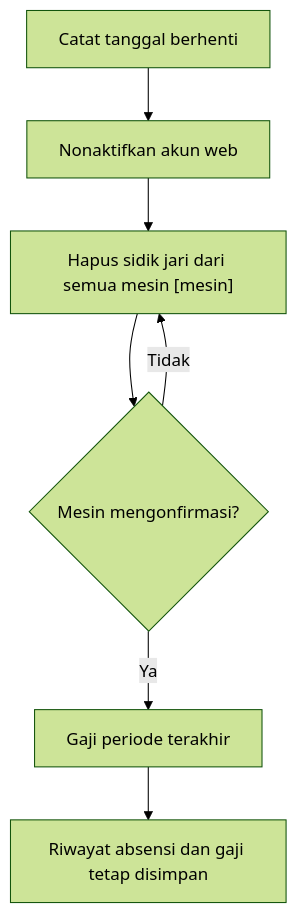
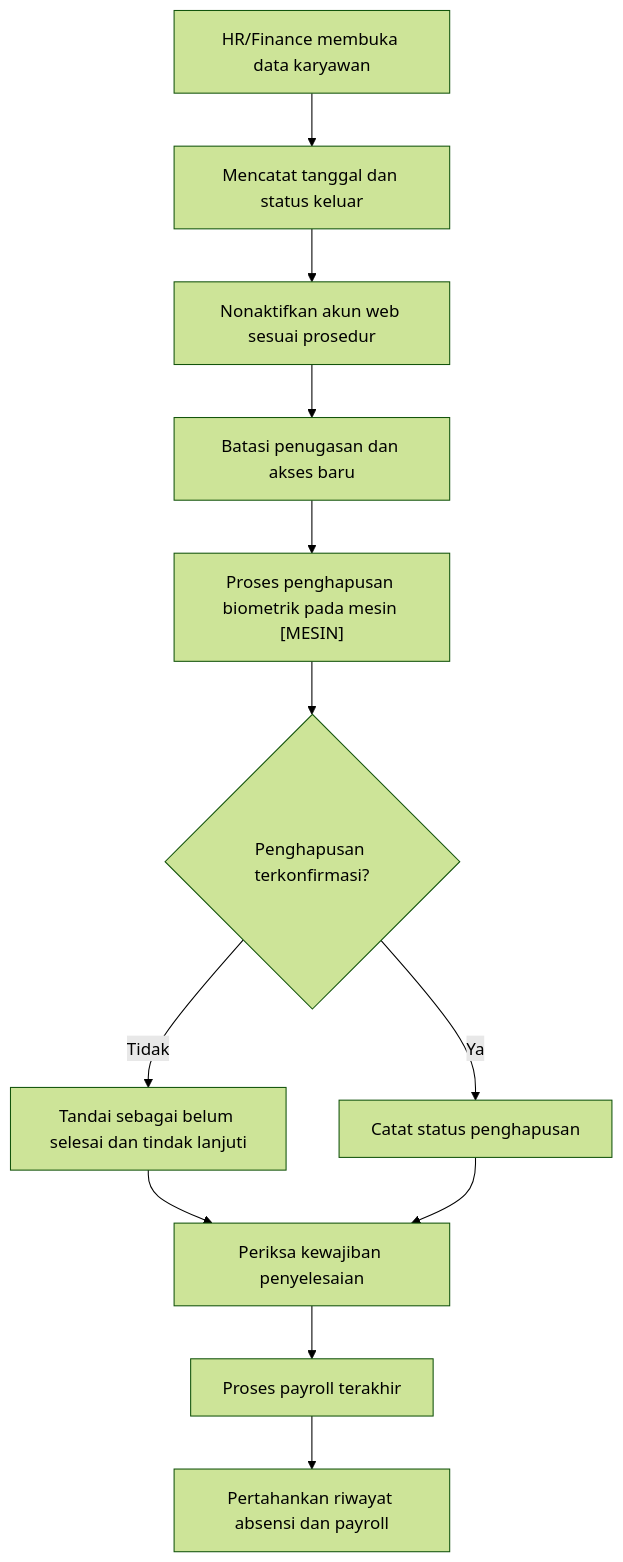
Before and after one commit to nflFauzan/Biometric-Attendence-System: diagram 11 of 13 in docs/alur.md, drawn with Mermaid (forest theme). The commit also changed other lines of this file, not shown here.

````diff
--- a/docs/alur.md
+++ b/docs/alur.md
@@ -95,9 +422,14 @@
 ```mermaid
 flowchart TD
-  A[Catat tanggal berhenti] --> B[Nonaktifkan akun web]
-  B --> C["Hapus sidik jari dari semua mesin [mesin]"]
-  C --> D{Mesin mengonfirmasi?}
-  D -- Tidak --> C
-  D -- Ya --> E[Gaji periode terakhir]
-  E --> F[Riwayat absensi dan gaji tetap disimpan]
+    A["HR/Finance membuka data karyawan"] --> B["Mencatat tanggal dan status keluar"]
+    B --> C["Nonaktifkan akun web sesuai prosedur"]
+    C --> D["Batasi penugasan dan akses baru"]
+    D --> E["Proses penghapusan biometrik pada mesin [MESIN]"]
+    E --> F{"Penghapusan terkonfirmasi?"}
+    F -- "Tidak" --> G["Tandai sebagai belum selesai dan tindak lanjuti"]
+    F -- "Ya" --> H["Catat status penghapusan"]
+    G --> I["Periksa kewajiban penyelesaian"]
+    H --> I
+    I --> J["Proses payroll terakhir"]
+    J --> K["Pertahankan riwayat absensi dan payroll"]
 ```
````
